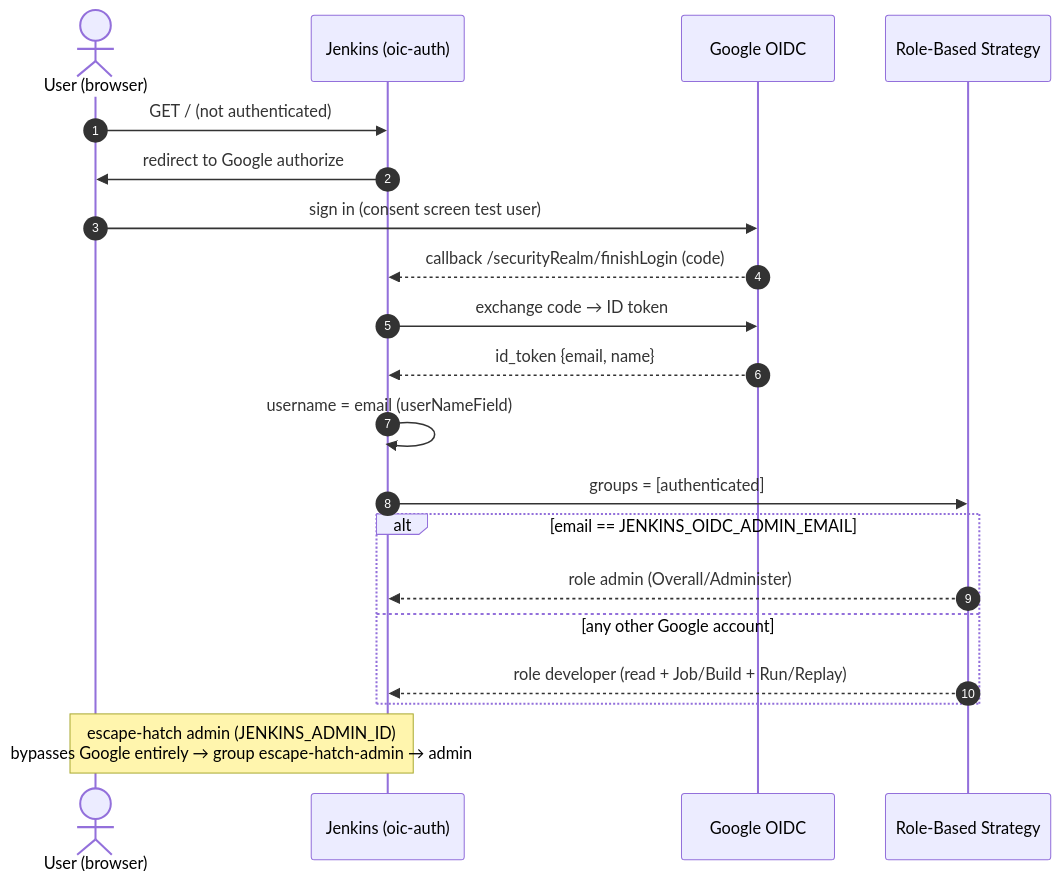
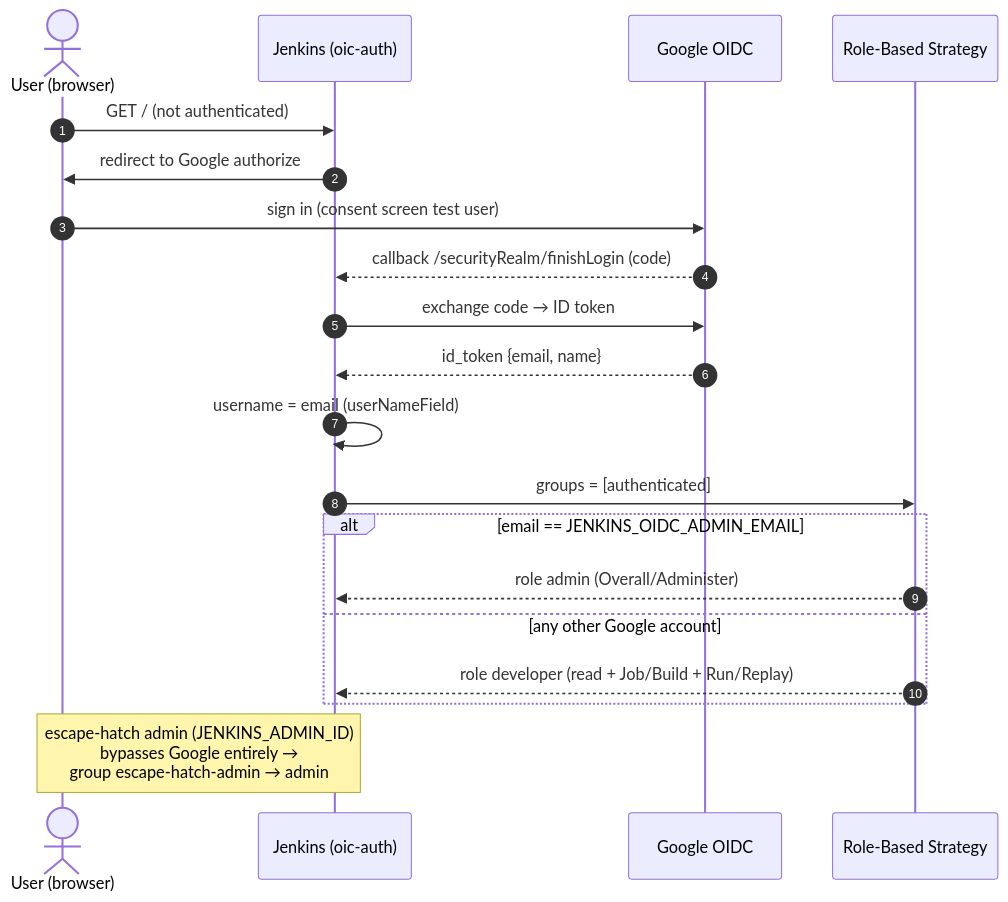
One commit to nubenetes/jenkins-2026 changed the fourth of 10 diagrams in docs/401-JENKINS.md. Above: the diagram before and after it, drawn with Mermaid. The commit also changed other lines of this file and 14 other files, not shown here.

First line of the commit message:
docs(diagrams): repo-wide mermaid audit — fix 14 rendering defects + flagship improvements

````diff
--- a/docs/401-JENKINS.md
+++ b/docs/401-JENKINS.md
@@ -208,23 +212,23 @@
 ```mermaid
 sequenceDiagram
   autonumber
   actor U as User (browser)
   participant J as Jenkins (oic-auth)
   participant G as Google OIDC
   participant R as Role-Based Strategy
 
   U->>J: GET / (not authenticated)
   J->>U: redirect to Google authorize
   U->>G: sign in (consent screen test user)
   G-->>J: callback /securityRealm/finishLogin (code)
   J->>G: exchange code → ID token
   G-->>J: id_token {email, name}
   J->>J: username = email (userNameField)
   J->>R: groups = [authenticated]
   alt email == JENKINS_OIDC_ADMIN_EMAIL
     R-->>J: role admin (Overall/Administer)
   else any other Google account
     R-->>J: role developer (read + Job/Build + Run/Replay)
   end
-  Note over U,J: escape-hatch admin (JENKINS_ADMIN_ID)<br/>bypasses Google entirely → group escape-hatch-admin → admin
+  Note over U,J: escape-hatch admin (JENKINS_ADMIN_ID)<br/>bypasses Google entirely →<br/>group escape-hatch-admin → admin
 ```
````
